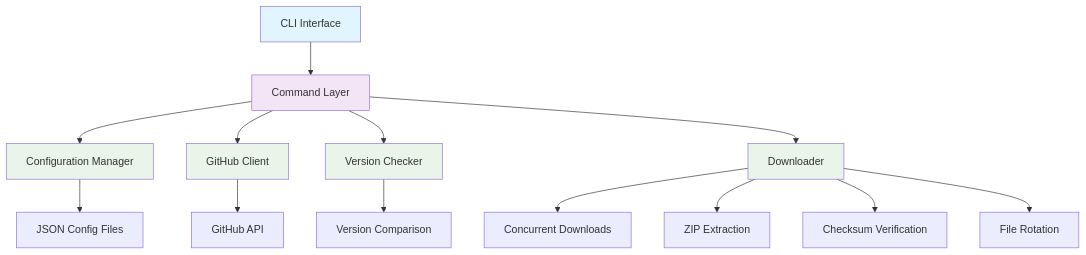
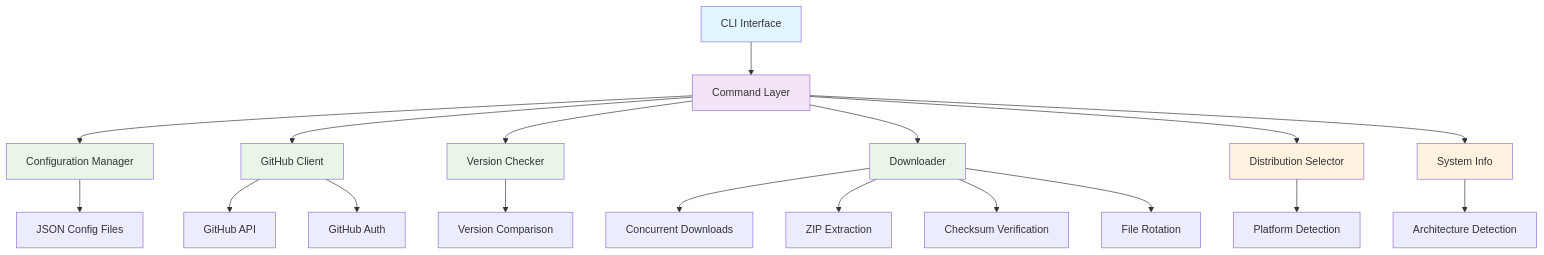
Before and after one commit to royw/appimage-updater: the first of 4 diagrams in docs/architecture.md, drawn with Mermaid. The commit also changed other lines of this file and 22 other files, not shown here.

````diff
--- a/docs/architecture.md
+++ b/docs/architecture.md
@@ -7,23 +7,30 @@
 ```mermaid
 graph TB
     A[CLI Interface] --> B[Command Layer]
     B --> C[Configuration Manager]
     B --> D[GitHub Client]
     B --> E[Version Checker]
     B --> F[Downloader]
+    B --> G[Distribution Selector]
+    B --> H[System Info]
     
-    C --> G[JSON Config Files]
-    D --> H[GitHub API]
-    E --> I[Version Comparison]
-    F --> J[Concurrent Downloads]
-    F --> K[ZIP Extraction]
-    F --> L[Checksum Verification]
-    F --> M[File Rotation]
+    C --> I[JSON Config Files]
+    D --> J[GitHub API]
+    D --> K[GitHub Auth]
+    E --> L[Version Comparison]
+    F --> M[Concurrent Downloads]
+    F --> N[ZIP Extraction]
+    F --> O[Checksum Verification]
+    F --> P[File Rotation]
+    G --> Q[Platform Detection]
+    H --> R[Architecture Detection]
     
     style A fill:#e1f5fe
     style B fill:#f3e5f5
     style C fill:#e8f5e8
     style D fill:#e8f5e8
     style E fill:#e8f5e8
     style F fill:#e8f5e8
+    style G fill:#fff3e0
+    style H fill:#fff3e0
 ```
````
